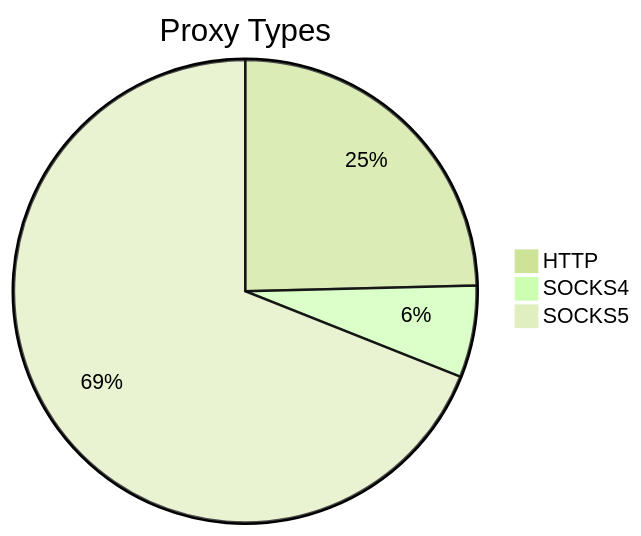
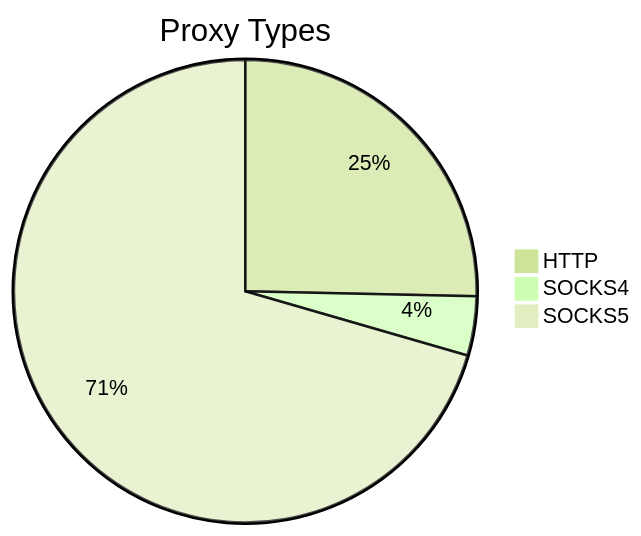
The first of 2 diagrams in README.md (stormsia/proxy-list), drawn with Mermaid (forest theme) before and after one commit. The commit also changed other lines of this file, not shown here.

````diff
--- a/README.md
+++ b/README.md
@@ -21,6 +21,6 @@
 ```mermaid
 pie title Proxy Types
     "HTTP" : 92
-    "SOCKS4" : 24
-    "SOCKS5" : 258
+    "SOCKS4" : 15
+    "SOCKS5" : 256
 ```
````
